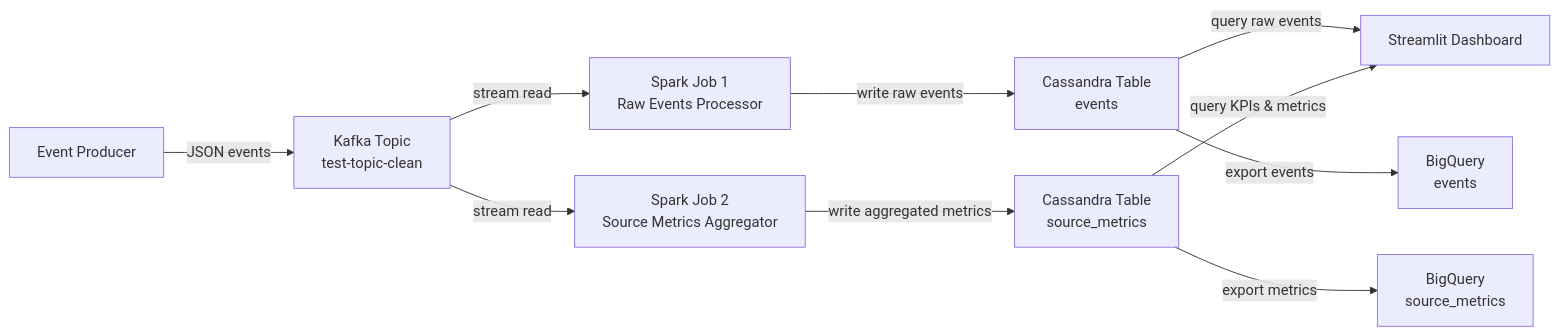
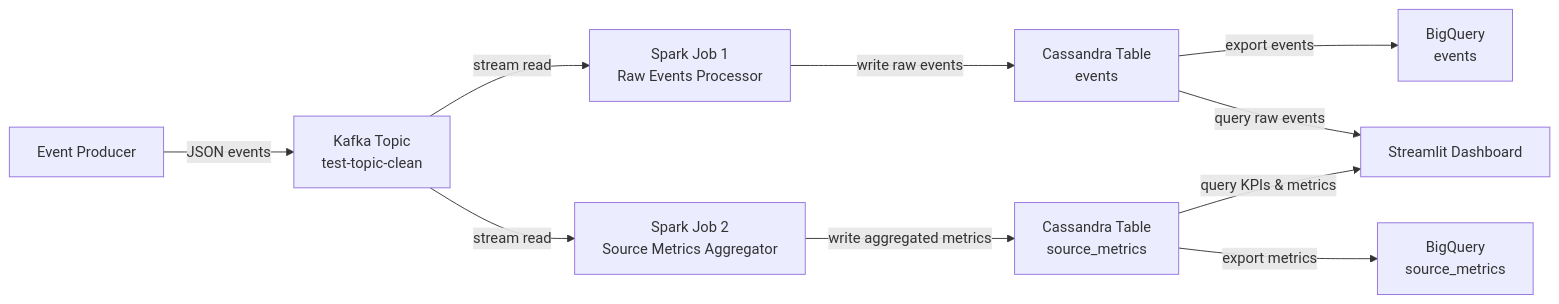
The diagram in README.md (hn0629/real-time-data-engineering-pipeline), drawn with Mermaid before and after one commit. The commit also changed other lines of this file and 1 other file, not shown here.

````diff
--- a/README.md
+++ b/README.md
@@ -27,12 +27,12 @@
 ```mermaid
 flowchart LR
     A[Event Producer] -->|JSON events| B[Kafka Topic<br/>test-topic-clean]
     B -->|stream read| C[Spark Job 1<br/>Raw Events Processor]
     B -->|stream read| D[Spark Job 2<br/>Source Metrics Aggregator]
     C -->|write raw events| E[Cassandra Table<br/>events]
     D -->|write aggregated metrics| F[Cassandra Table<br/>source_metrics]
+    E -->|export events| H[BigQuery<br/>events]
+    F -->|export metrics| I[BigQuery<br/>source_metrics]
     E -->|query raw events| G[Streamlit Dashboard]
     F -->|query KPIs & metrics| G
-    E -->|export events| H[BigQuery<br/>events]
-    F -->|export metrics| I[BigQuery<br/>source_metrics]
 ```
````
